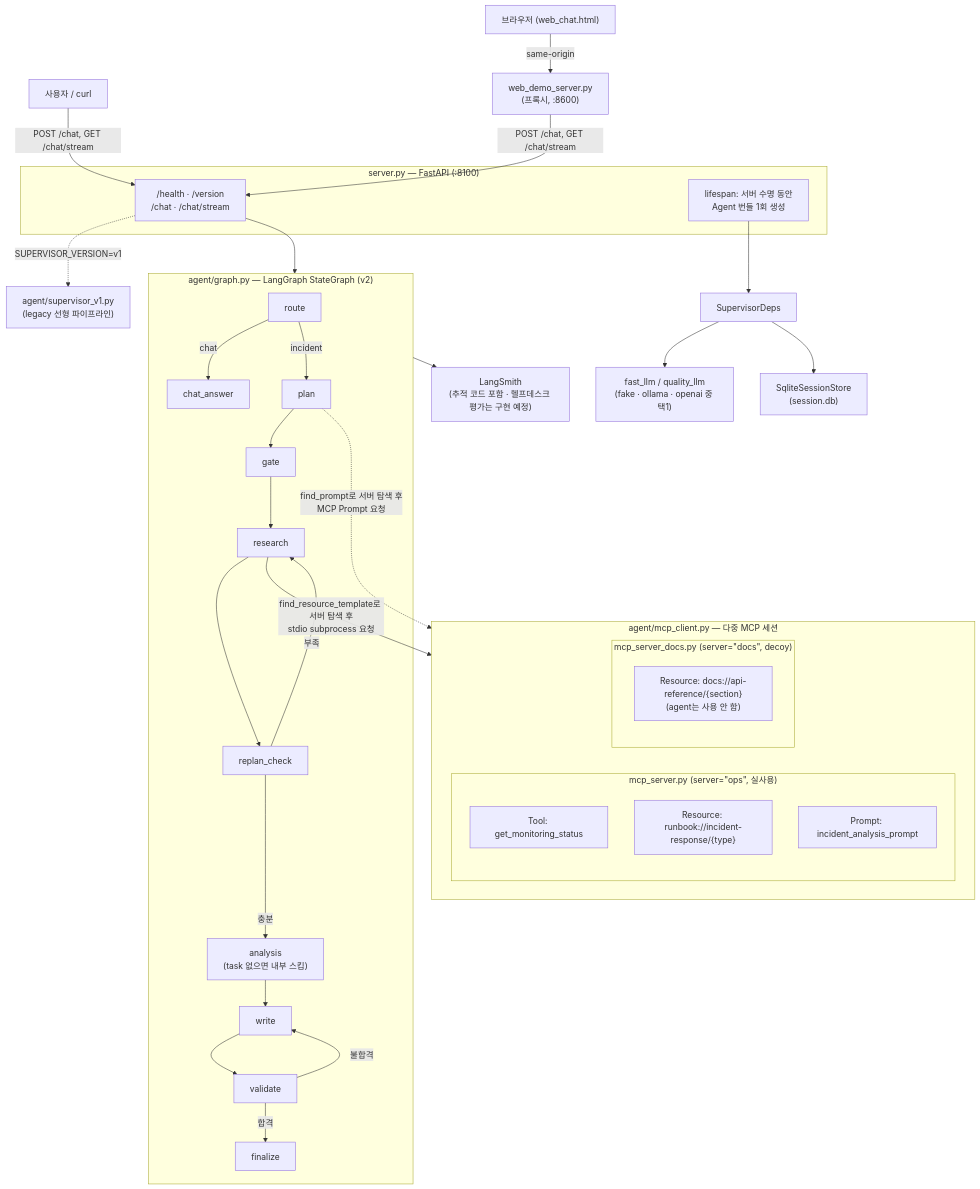
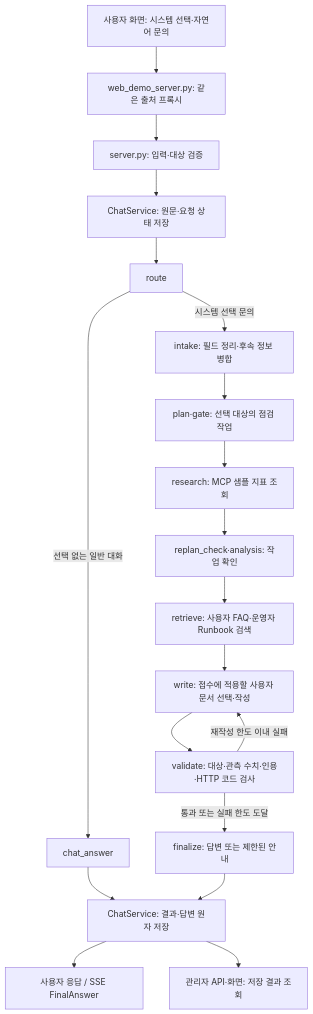
Before and after one commit to gayeon9-9/skala_ai_mini_project: the diagram in doc/README.md, drawn with Mermaid. The commit also changed other lines of this file and 21 other files, not shown here.

Commit message:
fix(helpdesk): align intake schema and filter unsupported error guidance

````diff
--- a/doc/README.md
+++ b/doc/README.md
@@ -67,49 +29,21 @@
 ```mermaid
-flowchart TB
-    User["사용자 / curl"] -->|"POST /chat, GET /chat/stream"| API
-    Browser["브라우저 (web_chat.html)"] -->|"same-origin"| Proxy["web_demo_server.py<br/>(프록시, :8600)"]
-    Proxy -->|"POST /chat, GET /chat/stream"| API
-
-    subgraph Server["server.py — FastAPI (:8100)"]
-        API["/health · /version<br/>/chat · /chat/stream"]
-        Lifespan["lifespan: 서버 수명 동안<br/>Agent 번들 1회 생성"]
-    end
-
-    API --> Graph
-
-    subgraph Graph["agent/graph.py — LangGraph StateGraph (v2)"]
-        Route["route"] -->|chat| ChatAnswer["chat_answer"]
-        Route -->|incident| Plan["plan"]
-        Plan --> Gate["gate"]
-        Gate --> Research["research"]
-        Research --> ReplanCheck["replan_check"]
-        ReplanCheck -->|부족| Research
-        ReplanCheck -->|충분| Analysis["analysis<br/>(task 없으면 내부 스킵)"]
-        Analysis --> Write["write"]
-        Write --> Validate["validate"]
-        Validate -->|불합격| Write
-        Validate -->|합격| Finalize["finalize"]
-    end
-
-    API -. "SUPERVISOR_VERSION=v1" .-> V1["agent/supervisor_v1.py<br/>(legacy 선형 파이프라인)"]
-
-    Plan -. "find_prompt로 서버 탐색 후<br/>MCP Prompt 요청" .-> MCPClient
-    Research -->|"find_resource_template로 서버 탐색 후<br/>stdio subprocess 요청"| MCPClient
-
-    subgraph MCPClient["agent/mcp_client.py — 다중 MCP 세션"]
-        subgraph OpsServer["mcp_server.py (server=&quot;ops&quot;, 실사용)"]
-            Tool["Tool: get_monitoring_status"]
-            Resource["Resource: runbook://incident-response/{type}"]
-            Prompt["Prompt: incident_analysis_prompt"]
-        end
-        subgraph DocsServer["mcp_server_docs.py (server=&quot;docs&quot;, decoy)"]
-            DocsResource["Resource: docs://api-reference/{section}<br/>(agent는 사용 안 함)"]
-        end
-    end
-
-    Lifespan --> Deps["SupervisorDeps"]
-    Deps --> LLM["fast_llm / quality_llm<br/>(fake · ollama · openai 중 택1)"]
-    Deps --> Session["SqliteSessionStore<br/>(session.db)"]
-
-    Graph --> Trace["LangSmith<br/>(추적 코드 포함 · 헬프데스크 평가는 구현 예정)"]
+flowchart TD
+    Browser["사용자 화면: 시스템 선택·자연어 문의"] --> Proxy["web_demo_server.py: 같은 출처 프록시"]
+    Proxy --> API["server.py: 입력·대상 검증"]
+    API --> Begin["ChatService: 원문·요청 상태 저장"]
+    Begin --> Route["route"]
+    Route -->|"시스템 선택 문의"| Intake["intake: 필드 정리·후속 정보 병합"]
+    Route -->|"선택 없는 일반 대화"| Chat["chat_answer"]
+    Intake --> Plan["plan·gate: 선택 대상의 점검 작업"]
+    Plan --> Research["research: MCP 샘플 지표 조회"]
+    Research --> Analysis["replan_check·analysis: 작업 확인"]
+    Analysis --> Retrieve["retrieve: 사용자 FAQ·운영자 Runbook 검색"]
+    Retrieve --> Write["write: 접수에 적용할 사용자 문서 선택·작성"]
+    Write --> Validate["validate: 대상·관측 수치·인용·HTTP 코드 검사"]
+    Validate -->|"재작성 한도 이내 실패"| Write
+    Validate -->|"통과 또는 실패 한도 도달"| Final["finalize: 답변 또는 제한된 안내"]
+    Chat --> Save["ChatService: 결과·답변 원자 저장"]
+    Final --> Save
+    Save --> Reply["사용자 응답 / SSE FinalAnswer"]
+    Save --> Admin["관리자 API·화면: 저장 결과 조회"]
 ```
````
